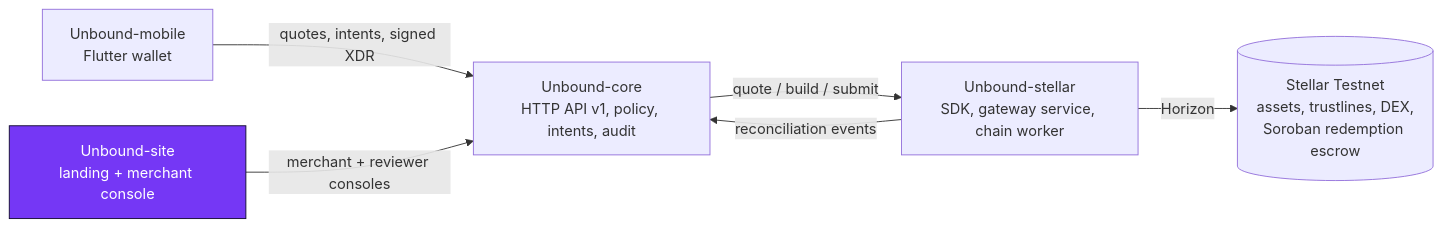
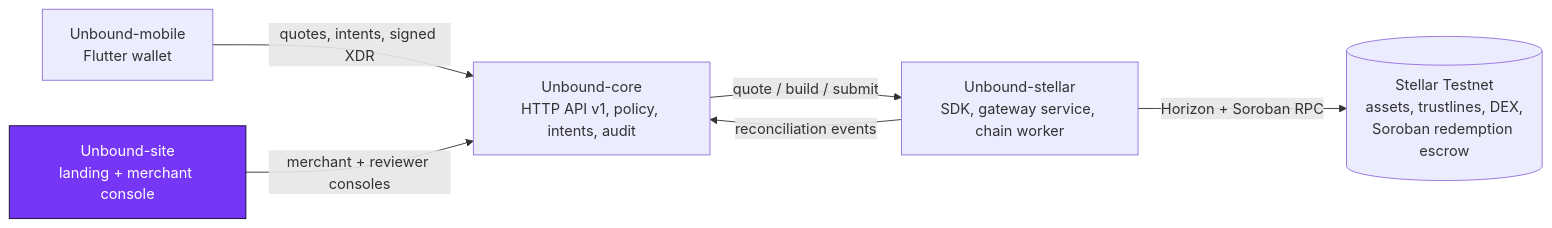
One commit to Unbound224/Unbound-site changed the diagram in README.md. Above: the diagram before and after it, drawn with Mermaid. The commit also changed other lines of this file and 25 other files, not shown here.

````diff
--- a/README.md
+++ b/README.md
@@ -73,14 +60,14 @@
 ```mermaid
 flowchart LR
   M["Unbound-mobile<br/>Flutter wallet"]
   S["Unbound-site<br/>landing + merchant console"]
   C["Unbound-core<br/>HTTP API v1, policy, intents, audit"]
   G["Unbound-stellar<br/>SDK, gateway service, chain worker"]
   N[("Stellar Testnet<br/>assets, trustlines, DEX,<br/>Soroban redemption escrow")]
   M -- "quotes, intents, signed XDR" --> C
   S -- "merchant + reviewer consoles" --> C
   C -- "quote / build / submit" --> G
-  G -- "Horizon" --> N
+  G -- "Horizon + Soroban RPC" --> N
   G -- "reconciliation events" --> C
   style S fill:#7537F5,stroke:#10092E,color:#ffffff
 ```
````
